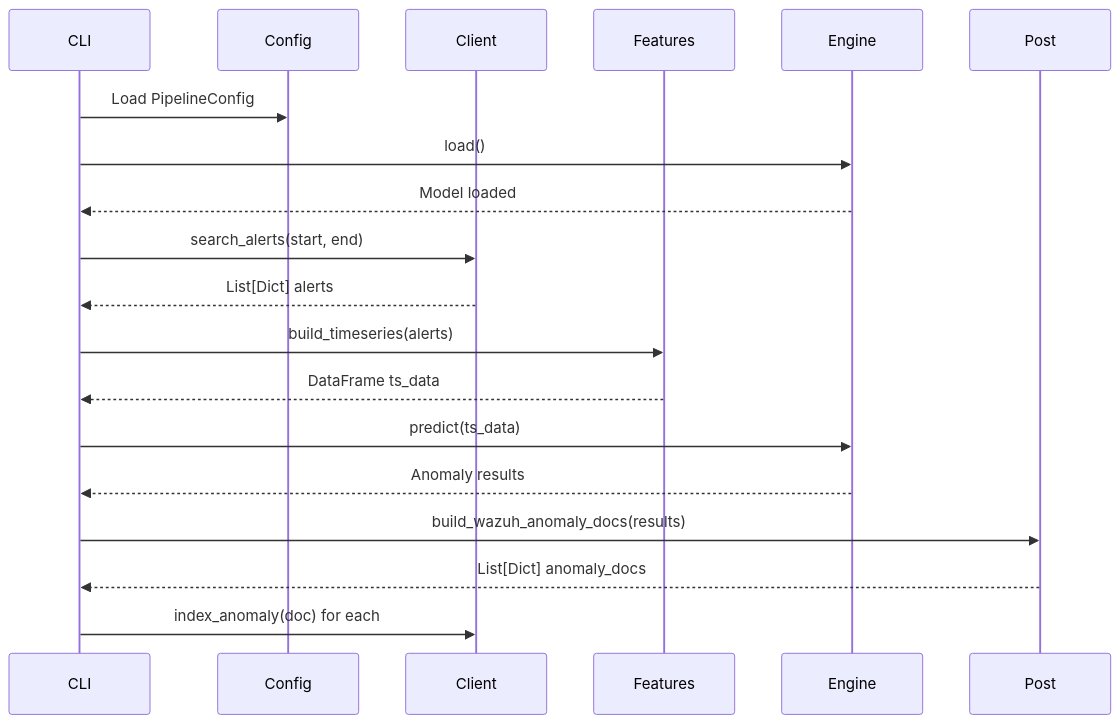
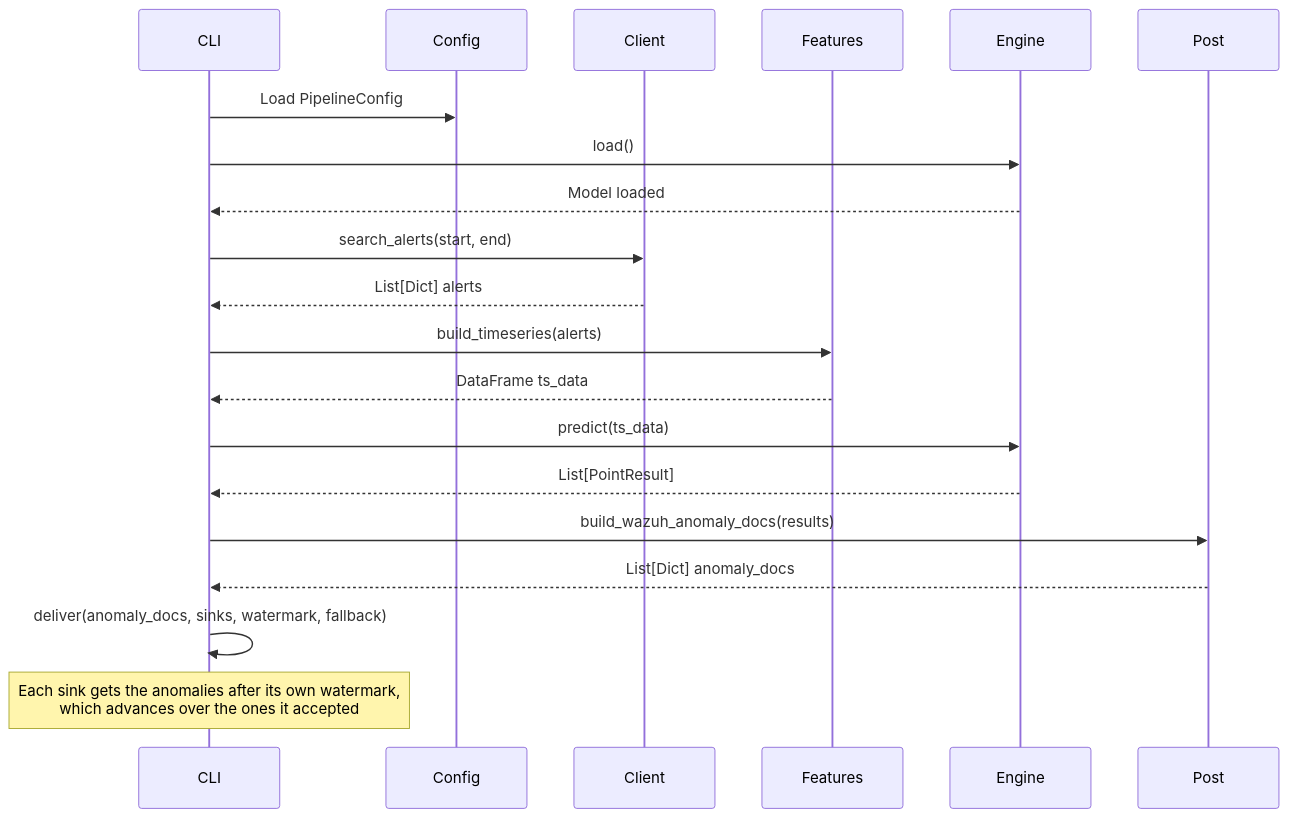
Before and after one commit to AbstractionsLab/idps-escape: the third of 5 diagrams in docs/manual/sonar_docs/architecture.md, drawn with Mermaid. The commit also changed other lines of this file and 682 other files, not shown here.

````diff
--- a/docs/manual/sonar_docs/architecture.md
+++ b/docs/manual/sonar_docs/architecture.md
@@ -225,22 +250,23 @@
 ```mermaid
 sequenceDiagram
     participant CLI
     participant Config
     participant Client
     participant Features
     participant Engine
     participant Post
 
     CLI->>Config: Load PipelineConfig
     CLI->>Engine: load()
     Engine-->>CLI: Model loaded
     CLI->>Client: search_alerts(start, end)
     Client-->>CLI: List[Dict] alerts
     CLI->>Features: build_timeseries(alerts)
     Features-->>CLI: DataFrame ts_data
     CLI->>Engine: predict(ts_data)
-    Engine-->>CLI: Anomaly results
+    Engine-->>CLI: List[PointResult]
     CLI->>Post: build_wazuh_anomaly_docs(results)
     Post-->>CLI: List[Dict] anomaly_docs
-    CLI->>Client: index_anomaly(doc) for each
+    CLI->>CLI: deliver(anomaly_docs, sinks, watermark, fallback)
+    Note over CLI: Each sink gets the anomalies after its own watermark,<br/>which advances over the ones it accepted
 ```
````
